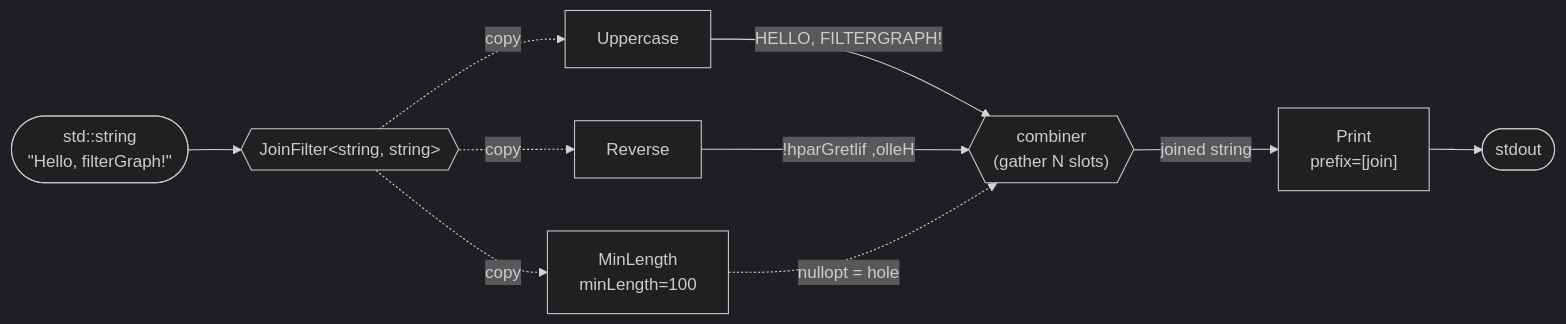
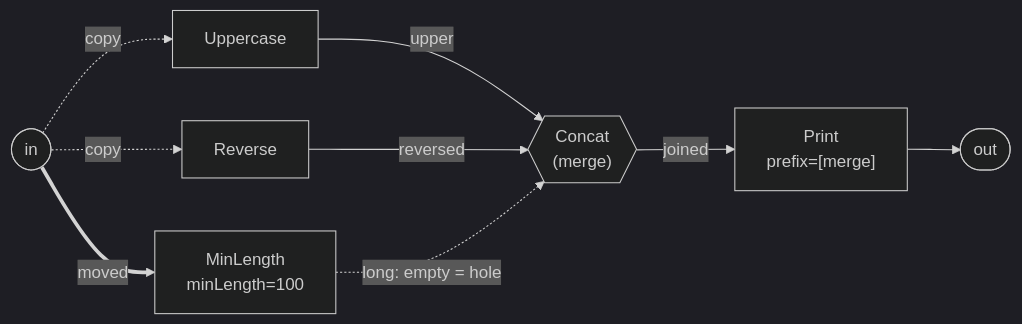
Before and after one commit to psyinf/filterGraph: the fourth of 7 diagrams in EXAMPLE.md, drawn with Mermaid (dark theme). The commit also changed other lines of this file and 10 other files, not shown here.

First line of the commit message:
Make the text DSL a first-class, runnable graph description (#8)

````diff
--- a/EXAMPLE.md
+++ b/EXAMPLE.md
@@ -189,15 +197,11 @@
 ```mermaid
 flowchart LR
-    In(["std::string<br/>&quot;Hello, filterGraph!&quot;"]) --> J{{"JoinFilter&lt;string, string&gt;"}}
-
-    J -. "copy" .-> P1["Uppercase"]
-    J -. "copy" .-> P2["Reverse"]
-    J -. "copy" .-> P3["MinLength<br/>minLength=100"]
-
-    P1 -->|"HELLO, FILTERGRAPH!"| C{{"combiner<br/>(gather N slots)"}}
-    P2 -->|"!hparGretlif ,olleH"| C
-    P3 -. "nullopt = hole" .-> C
-
-    C -->|"joined string"| Pr["Print<br/>prefix=[join]"]
-    Pr --> Out(["stdout"])
+    In(["in"]) -. "copy" .-> U["Uppercase"]
+    In -. "copy" .-> R["Reverse"]
+    In ==>|"moved"| M["MinLength<br/>minLength=100"]
+    U -->|"upper"| C{{"Concat<br/>(merge)"}}
+    R -->|"reversed"| C
+    M -. "long: empty = hole" .-> C
+    C -->|"joined"| P["Print<br/>prefix=[merge]"]
+    P --> Out(["out"])
 ```
````
